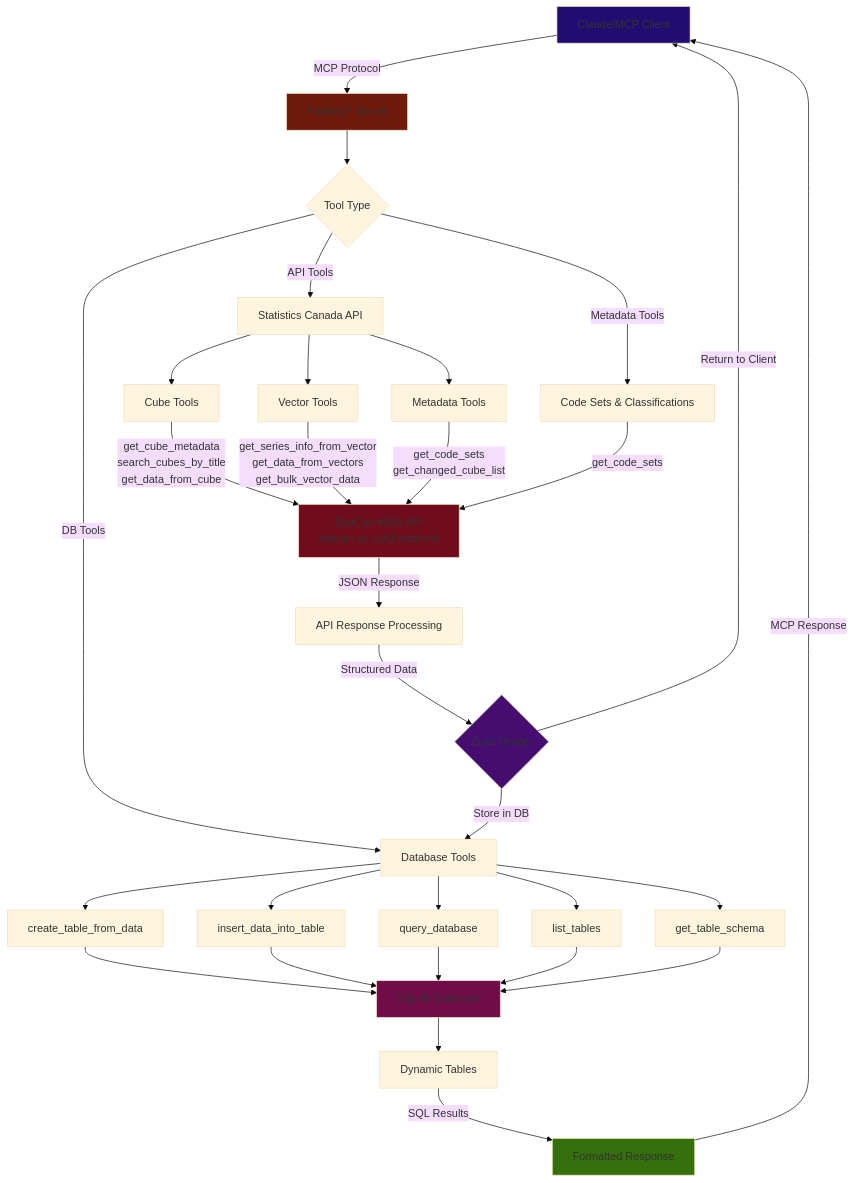
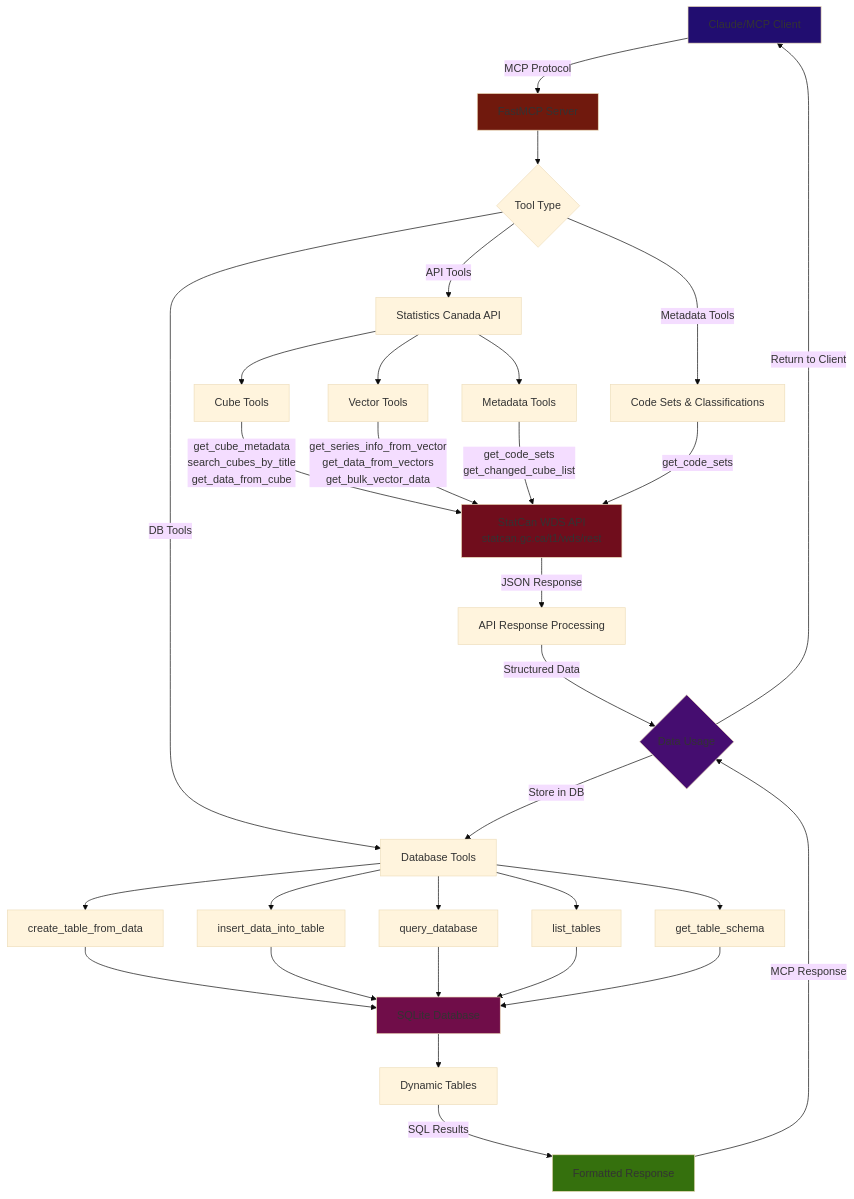
Before and after one commit to Aryan-Jhaveri/mcp-statcan: the diagram in IMPLEMENTATIONS.md, drawn with Mermaid (base theme).

Commit message:
Updated mermaid chart IMPLEMENTATIONS.md

````diff
--- a/IMPLEMENTATIONS.md
+++ b/IMPLEMENTATIONS.md
@@ -19,50 +19,50 @@
 ```mermaid
 flowchart TD
     A[Claude/MCP Client] -->|MCP Protocol| B[FastMCP Server]
     
     B --> C{Tool Type}
     C -->|API Tools| D[Statistics Canada API]
     C -->|DB Tools| M[Database Tools]
     C -->|Metadata Tools| F[Code Sets & Classifications]
     
     D --> G[Cube Tools]
     D --> H[Vector Tools]
     D --> I[Metadata Tools]
 
     E[SQLite Database]
     
     G -->|get_cube_metadata<br/>search_cubes_by_title<br/>get_data_from_cube| J[StatCan WDS API<br/>statcan.gc.ca/t1/wds/rest]
     H -->|get_series_info_from_vector<br/>get_data_from_vectors<br/>get_bulk_vector_data| J
     I -->|get_code_sets<br/>get_changed_cube_list| J
     
     J -->|JSON Response| K[API Response Processing]
     K -->|Structured Data| L{Data Usage}
     L -->|Return to Client| A
     L -->|Store in DB| M[Database Tools]
     
     M --> N[create_table_from_data]
     M --> O[insert_data_into_table] 
     M --> P[query_database]
     M --> Q[list_tables]
     M --> R[get_table_schema]
     
     N --> E
     O --> E
     P --> E
     Q --> E
     R --> E
     
     E --> S[Dynamic Tables]
     
     S -->|SQL Results| T[Formatted Response]
-    T -->|MCP Response| A
+    T -->|MCP Response| L
     
     F -->|get_code_sets| J
     
     style A fill:#210d70
     style B fill:#70190d
     style E fill:#700d49
     style L fill:#450d70
     style T fill:#35700d
     style J fill:#700d1c
 ```
````
